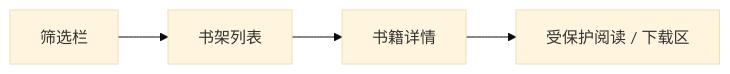
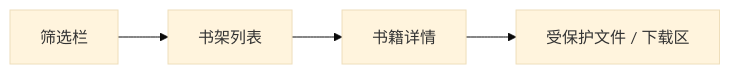
Before and after one commit to Albertlearnpython/RememberMyself: the second of 2 diagrams in docs/design/books/overview.zh-CN.md, drawn with Mermaid (base theme). The commit also changed other lines of this file and 25 other files, not shown here.

````diff
--- a/docs/design/books/overview.zh-CN.md
+++ b/docs/design/books/overview.zh-CN.md
@@ -48,6 +48,6 @@
 ```mermaid
 flowchart LR
     A["筛选栏"] --> B["书架列表"]
     B --> C["书籍详情"]
-    C --> D["受保护阅读 / 下载区"]
+    C --> D["受保护文件 / 下载区"]
 ```
````
